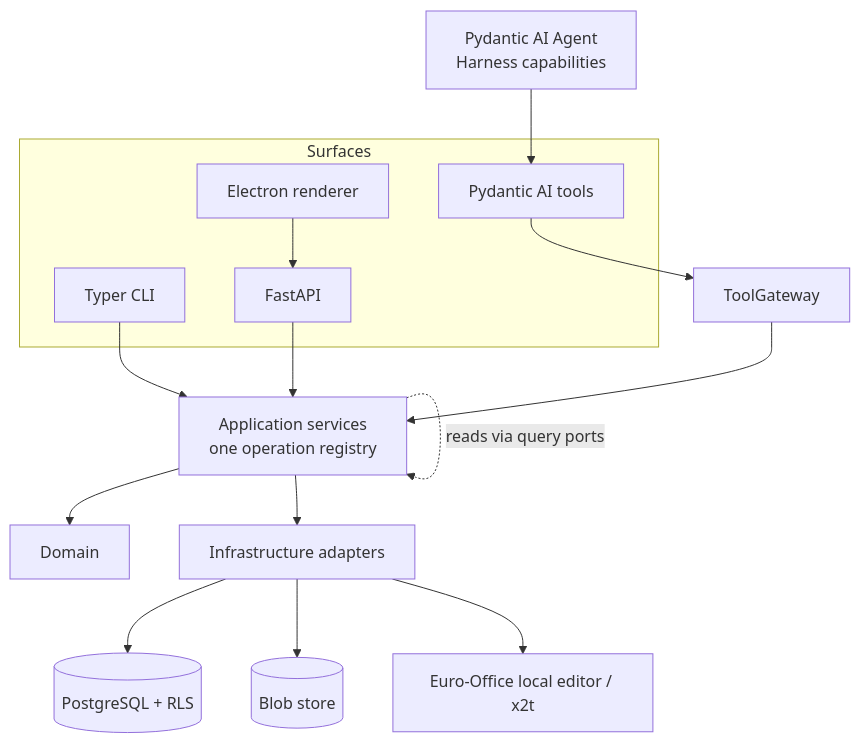
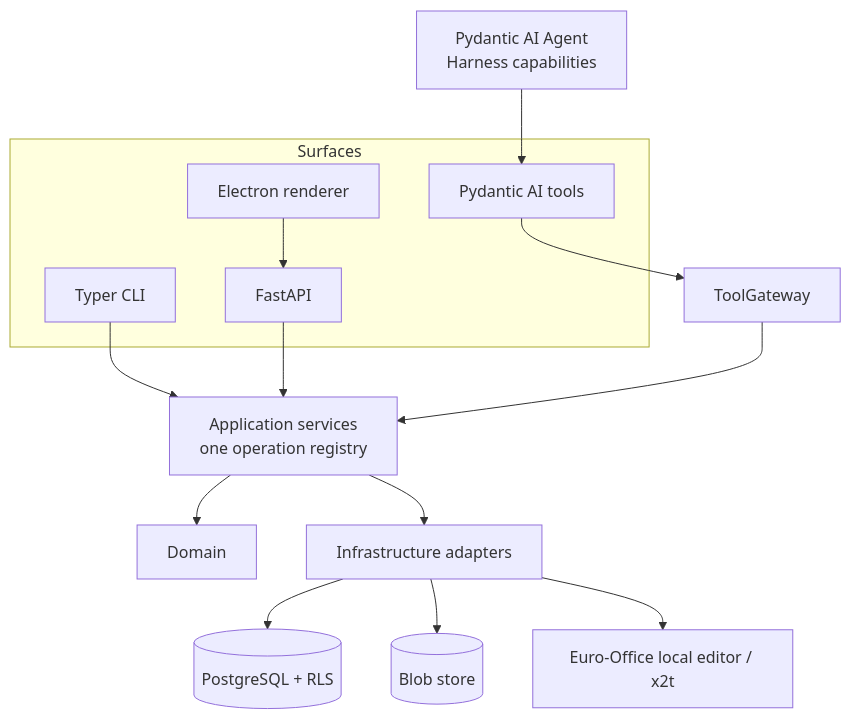
One commit to asimog/mavrykx changed the diagram in docs/implementation/enforcement-audit-plan.md. Above: the diagram before and after it, drawn with Mermaid. The commit also changed other lines of this file and 12 other files, not shown here.

````diff
--- a/docs/implementation/enforcement-audit-plan.md
+++ b/docs/implementation/enforcement-audit-plan.md
@@ -63,29 +77,28 @@
 ```mermaid
 flowchart TB
   subgraph Surfaces
     CLI[Typer CLI]
     HTTP[FastAPI]
     TOOL[Pydantic AI tools]
     UI[Electron renderer]
   end
   GW[ToolGateway]
   APP[Application services<br/>one operation registry]
   DOM[Domain]
   INFRA[Infrastructure adapters]
   PG[(PostgreSQL + RLS)]
   BLOB[(Blob store)]
   EO[Euro-Office local editor / x2t]
   AGENT[Pydantic AI Agent<br/>Harness capabilities]
 
   CLI --> APP
   HTTP --> APP
   TOOL --> GW --> APP
   UI --> HTTP
   AGENT --> TOOL
   APP --> DOM
   APP --> INFRA
   INFRA --> PG
   INFRA --> BLOB
   INFRA --> EO
-  APP -.reads via query ports.-> APP
 ```
````
